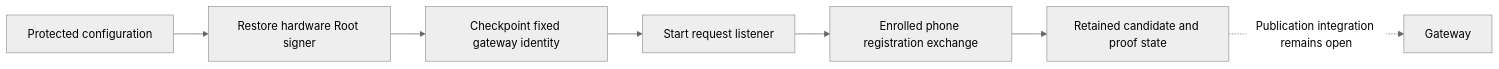
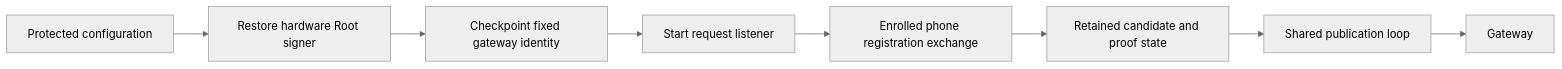
Before and after one commit to fourlastor/remozio: the diagram in docs/experiments/authority-phone-push-startup.md, drawn with Mermaid (neutral theme). The commit also changed other lines of this file and 13 other files, not shown here.

````diff
--- a/docs/experiments/authority-phone-push-startup.md
+++ b/docs/experiments/authority-phone-push-startup.md
@@ -6,9 +6,10 @@
 ```mermaid
 flowchart LR
     C[Protected configuration] --> K[Restore hardware Root signer]
     K --> J[Checkpoint fixed gateway identity]
     J --> L[Start request listener]
     L --> R[Enrolled phone registration exchange]
     R --> P[Retained candidate and proof state]
-    P -. Publication integration remains open .-> G[Gateway]
+    P --> Q[Shared publication loop]
+    Q --> G[Gateway]
 ```
````
